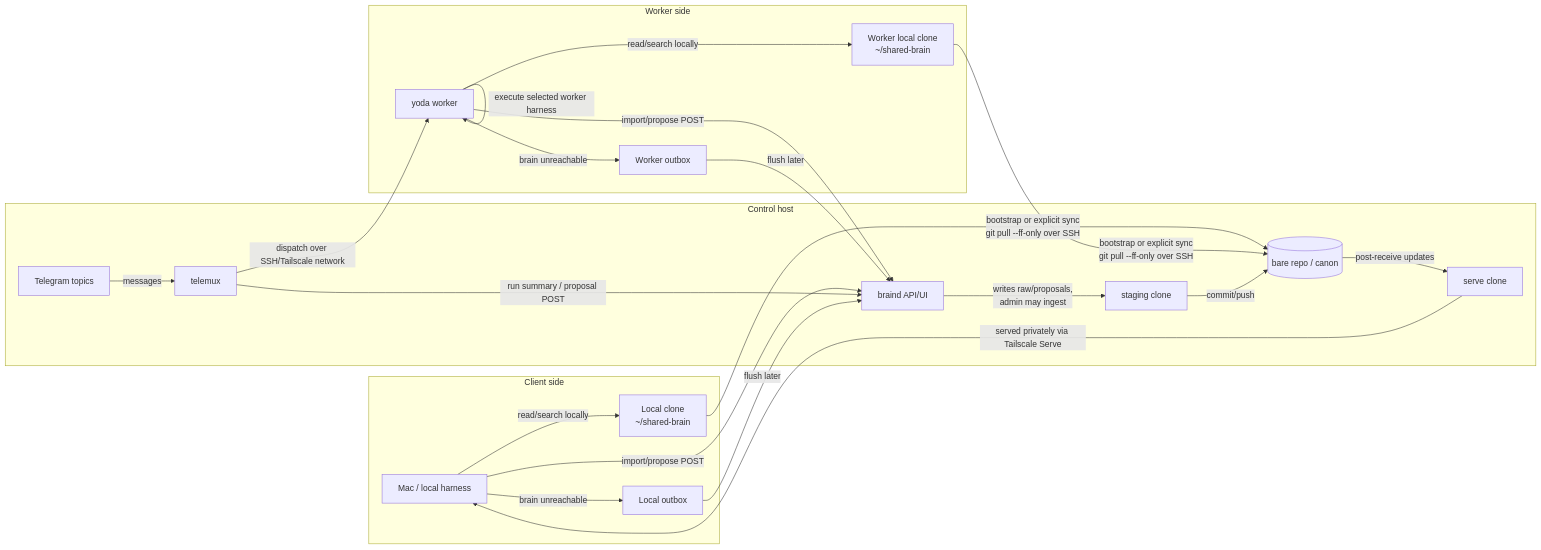
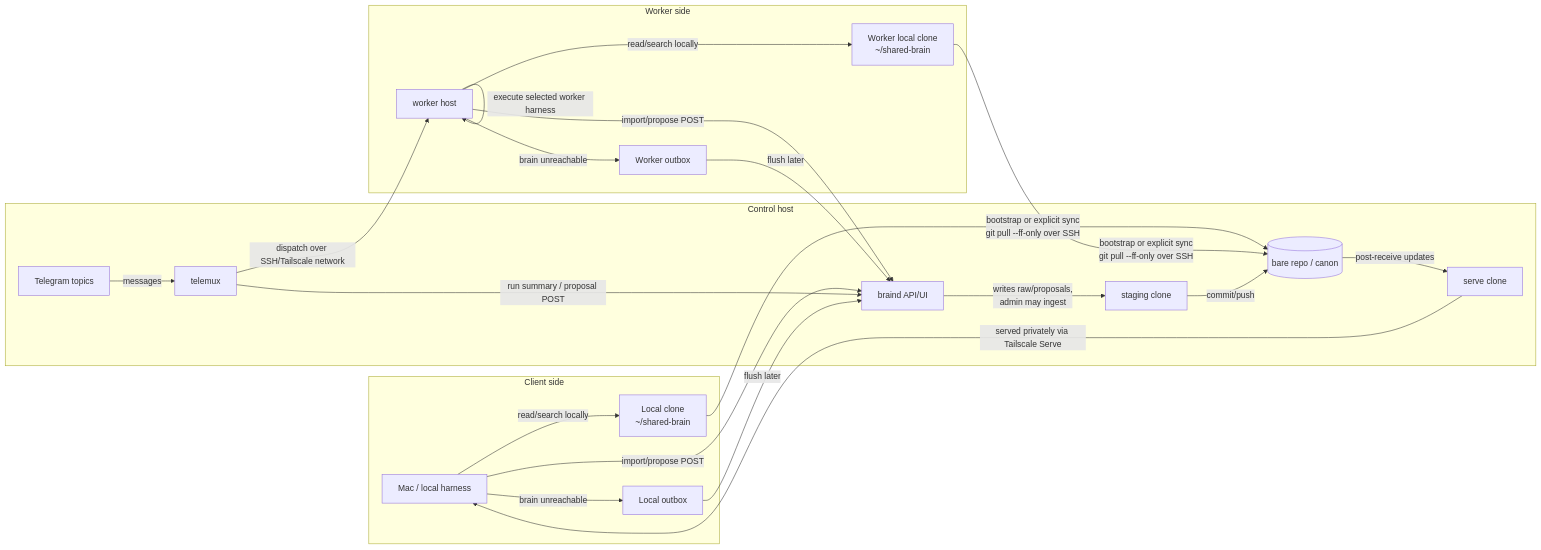
One commit to Caimeo-com/brainstack changed the third of 3 diagrams in docs/diagrams.md. Above: the diagram before and after it, drawn with Mermaid. The commit also changed other lines of this file and 38 other files, not shown here.

````diff
--- a/docs/diagrams.md
+++ b/docs/diagrams.md
@@ -61,46 +61,46 @@
 ```mermaid
 flowchart LR
   subgraph ClientSide[Client side]
     M1[Mac / local harness]
     C1[Local clone\n~/shared-brain]
     O1[Local outbox]
   end
 
   subgraph ControlHost[Control host]
     TG[Telegram topics]
     TM[telemux]
     BD[braind API/UI]
     ST[staging clone]
     SV[serve clone]
     BR[(bare repo / canon)]
   end
 
   subgraph WorkerSide[Worker side]
-    W1[yoda worker]
+    W1[worker host]
     C2[Worker local clone\n~/shared-brain]
     O2[Worker outbox]
   end
 
   M1 -->|read/search locally| C1
   C1 -->|bootstrap or explicit sync\ngit pull --ff-only over SSH| BR
 
   TG -->|messages| TM
   TM -->|dispatch over SSH/Tailscale network| W1
   W1 -->|execute selected worker harness| W1
   W1 -->|read/search locally| C2
   C2 -->|bootstrap or explicit sync\ngit pull --ff-only over SSH| BR
 
   M1 -->|import/propose POST| BD
   W1 -->|import/propose POST| BD
   TM -->|run summary / proposal POST| BD
 
   M1 -->|brain unreachable| O1
   W1 -->|brain unreachable| O2
   O1 -->|flush later| BD
   O2 -->|flush later| BD
 
   BD -->|writes raw/proposals,\nadmin may ingest| ST
   ST -->|commit/push| BR
   BR -->|post-receive updates| SV
   SV -->|served privately via Tailscale Serve| M1
 ```
````
